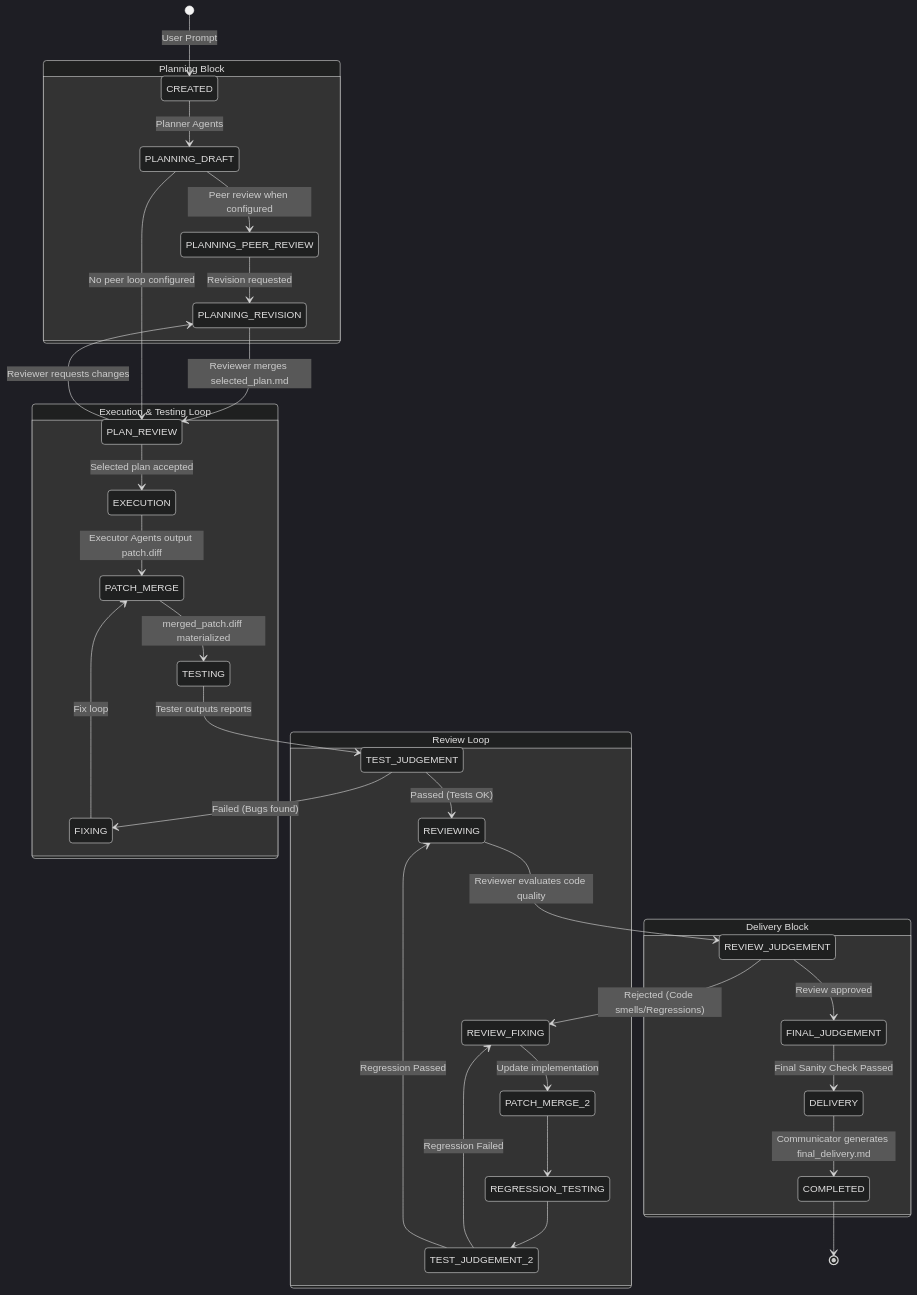
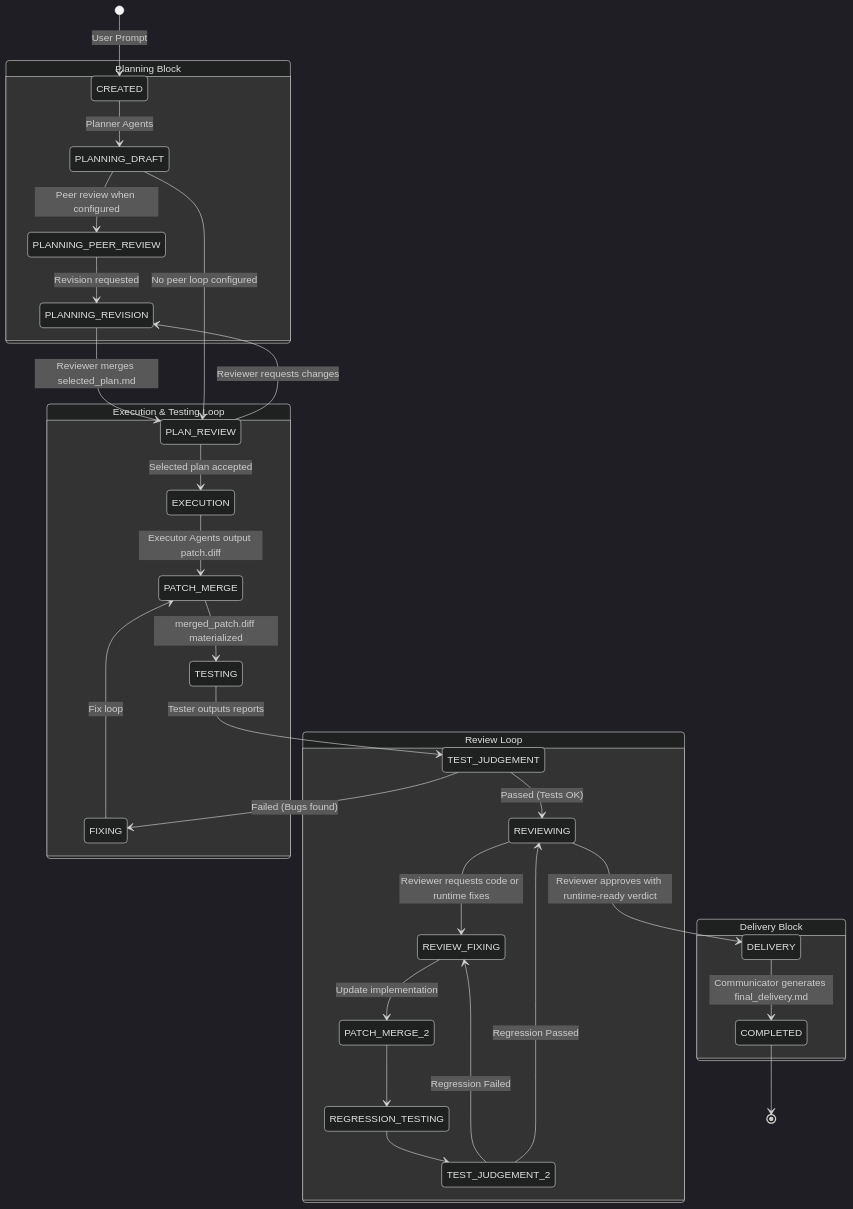
One commit to xiuwenwen/OpenOrchestra changed the second of 2 diagrams in system_architecture_and_flow.md. Above: the diagram before and after it, drawn with Mermaid (dark theme). The commit also changed 17 other files, not shown here.

Commit message:
Complete P0 architecture hardening tasks

````diff
--- a/system_architecture_and_flow.md
+++ b/system_architecture_and_flow.md
@@ -138,45 +138,43 @@
 ```mermaid
 stateDiagram-v2
     direction TB
     
     [*] --> CREATED: User Prompt
     
     state "Planning Block" as PB {
         CREATED --> PLANNING_DRAFT: Planner Agents
         PLANNING_DRAFT --> PLANNING_PEER_REVIEW: Peer review when configured
         PLANNING_PEER_REVIEW --> PLANNING_REVISION: Revision requested
         PLANNING_REVISION --> PLAN_REVIEW: Reviewer merges selected_plan.md
         PLANNING_DRAFT --> PLAN_REVIEW: No peer loop configured
         PLAN_REVIEW --> PLANNING_REVISION: Reviewer requests changes
     }
     
     state "Execution & Testing Loop" as ETL {
         PLAN_REVIEW --> EXECUTION: Selected plan accepted
         EXECUTION --> PATCH_MERGE: Executor Agents output patch.diff
         PATCH_MERGE --> TESTING: merged_patch.diff materialized
         
         TESTING --> TEST_JUDGEMENT: Tester outputs reports
         TEST_JUDGEMENT --> FIXING: Failed (Bugs found)
         FIXING --> PATCH_MERGE: Fix loop
     }
     
     state "Review Loop" as RL {
         TEST_JUDGEMENT --> REVIEWING: Passed (Tests OK)
-        REVIEWING --> REVIEW_JUDGEMENT: Reviewer evaluates code quality
-        
-        REVIEW_JUDGEMENT --> REVIEW_FIXING: Rejected (Code smells/Regressions)
+        REVIEWING --> DELIVERY: Reviewer approves with runtime-ready verdict
+
+        REVIEWING --> REVIEW_FIXING: Reviewer requests code or runtime fixes
         REVIEW_FIXING --> PATCH_MERGE_2: Update implementation
         PATCH_MERGE_2 --> REGRESSION_TESTING
         REGRESSION_TESTING --> TEST_JUDGEMENT_2
         TEST_JUDGEMENT_2 --> REVIEW_FIXING: Regression Failed
         TEST_JUDGEMENT_2 --> REVIEWING: Regression Passed
     }
     
     state "Delivery Block" as DB {
-        REVIEW_JUDGEMENT --> FINAL_JUDGEMENT: Review approved
-        FINAL_JUDGEMENT --> DELIVERY: Final Sanity Check Passed
         DELIVERY --> COMPLETED: Communicator generates final_delivery.md
     }
     
     COMPLETED --> [*]
 ```
````
